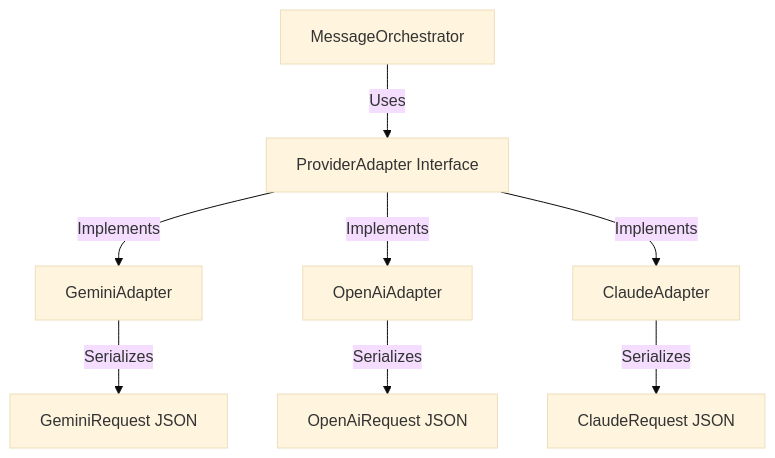
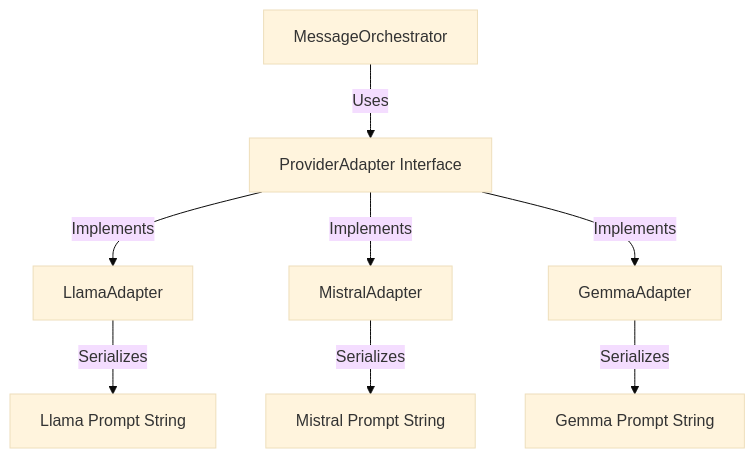
Before and after one commit to vaibhv19/Conclave: the first of 2 diagrams in Docs/Learning/03_Provider_Adapter_Pattern.md, drawn with Mermaid (base theme). The commit also changed other lines of this file, not shown here.

Commit message:
docs: update adapter pattern learning chapter for chat templates

````diff
--- a/Docs/Learning/03_Provider_Adapter_Pattern.md
+++ b/Docs/Learning/03_Provider_Adapter_Pattern.md
@@ -82,11 +96,11 @@
 ```mermaid
 graph TD
     Orch[MessageOrchestrator] -->|Uses| Adapter[ProviderAdapter Interface]
-    Adapter -->|Implements| Gemini[GeminiAdapter]
-    Adapter -->|Implements| OpenAI[OpenAiAdapter]
-    Adapter -->|Implements| Claude[ClaudeAdapter]
+    Adapter -->|Implements| Llama[LlamaAdapter]
+    Adapter -->|Implements| Mistral[MistralAdapter]
+    Adapter -->|Implements| Gemma[GemmaAdapter]
     
-    Gemini -->|Serializes| GeminiRequest[GeminiRequest JSON]
-    OpenAI -->|Serializes| OpenAiRequest[OpenAiRequest JSON]
-    Claude -->|Serializes| ClaudeRequest[ClaudeRequest JSON]
+    Llama -->|Serializes| LlamaPrompt[Llama Prompt String]
+    Mistral -->|Serializes| MistralPrompt[Mistral Prompt String]
+    Gemma -->|Serializes| GemmaPrompt[Gemma Prompt String]
 ```
````
